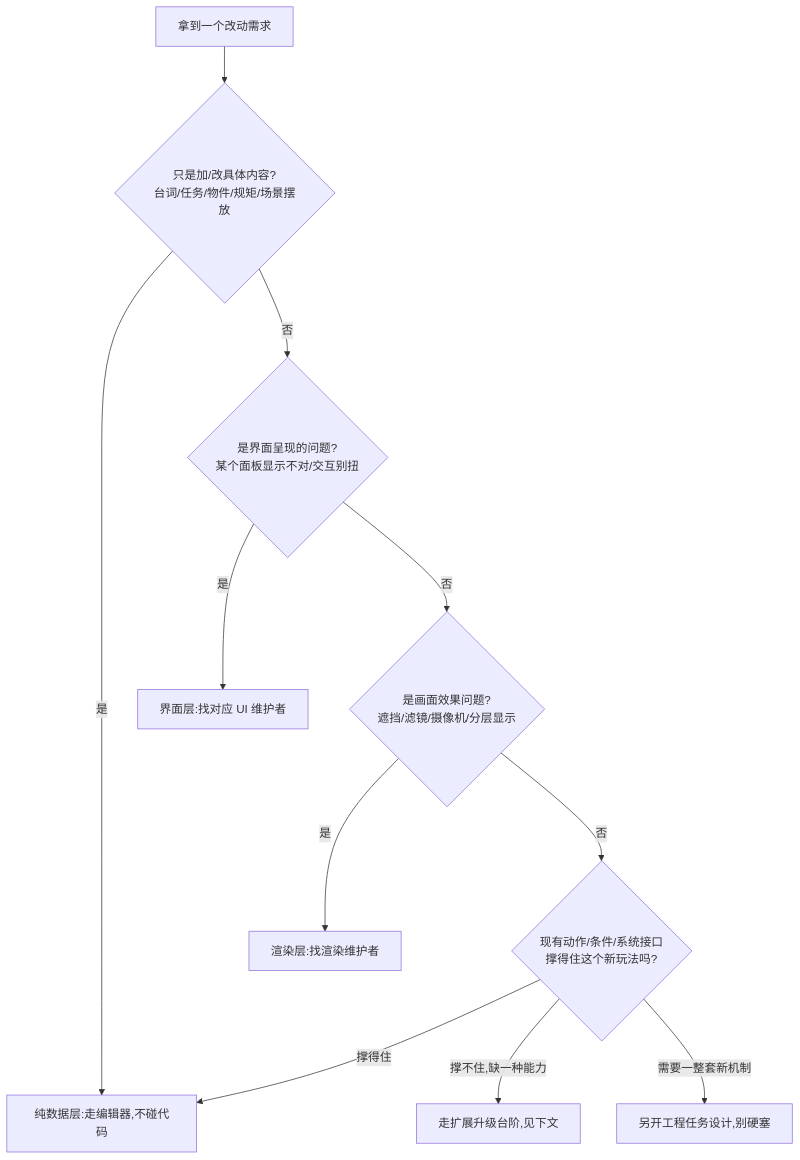
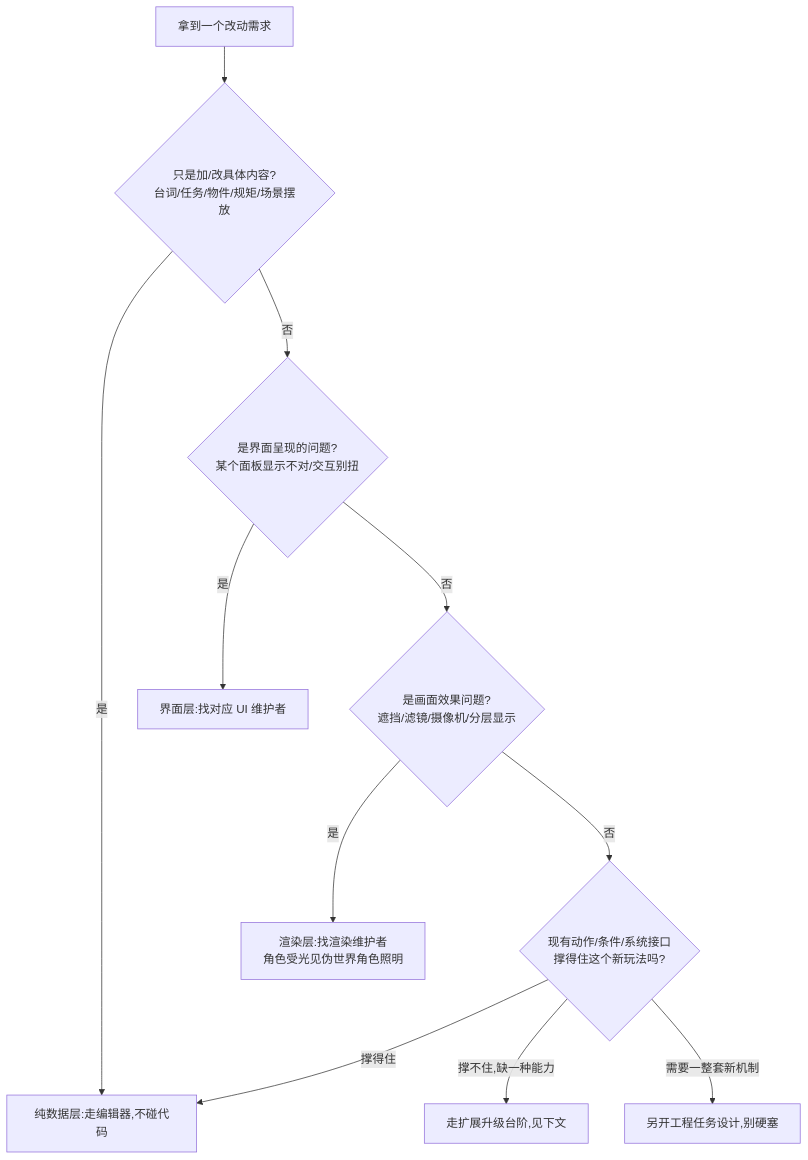
The second of 2 diagrams in docs/dev/architecture.md (wubugui/GDoc), drawn with Mermaid before and after one commit. The commit also changed 11 other files, not shown here.

````diff
--- a/docs/dev/architecture.md
+++ b/docs/dev/architecture.md
@@ -38,13 +38,13 @@
 ```mermaid
 flowchart TD
   A[拿到一个改动需求] --> B{只是加/改具体内容?<br/>台词/任务/物件/规矩/场景摆放}
   B -->|是| C[纯数据层:走编辑器,不碰代码]
   B -->|否| D{是界面呈现的问题?<br/>某个面板显示不对/交互别扭}
   D -->|是| E[界面层:找对应 UI 维护者]
   D -->|否| F{是画面效果问题?<br/>遮挡/滤镜/摄像机/分层显示}
-  F -->|是| G[渲染层:找渲染维护者]
+  F -->|是| G[渲染层:找渲染维护者<br/>角色受光见伪世界角色照明]
   F -->|否| H{现有动作/条件/系统接口<br/>撑得住这个新玩法吗?}
   H -->|撑得住| C
   H -->|撑不住,缺一种能力| I[走扩展升级台阶,见下文]
   H -->|需要一整套新机制| J[另开工程任务设计,别硬塞]
 ```
````
